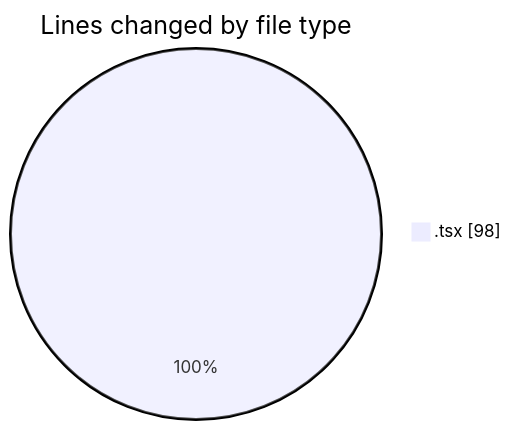
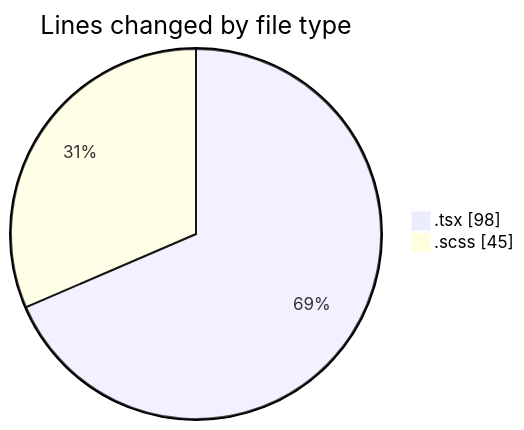
Before and after one commit to momahboobian/code-tracking: the first of 2 diagrams in 2025-03-03/cda/README.md, drawn with Mermaid. The commit also changed other lines of this file and 1 other file, not shown here.

````diff
--- a/2025-03-03/cda/README.md
+++ b/2025-03-03/cda/README.md
@@ -20,5 +21,6 @@
 ```mermaid
 pie showData
 title Lines changed by file type
 ".tsx" : 98
+".scss" : 45
 ```
````
